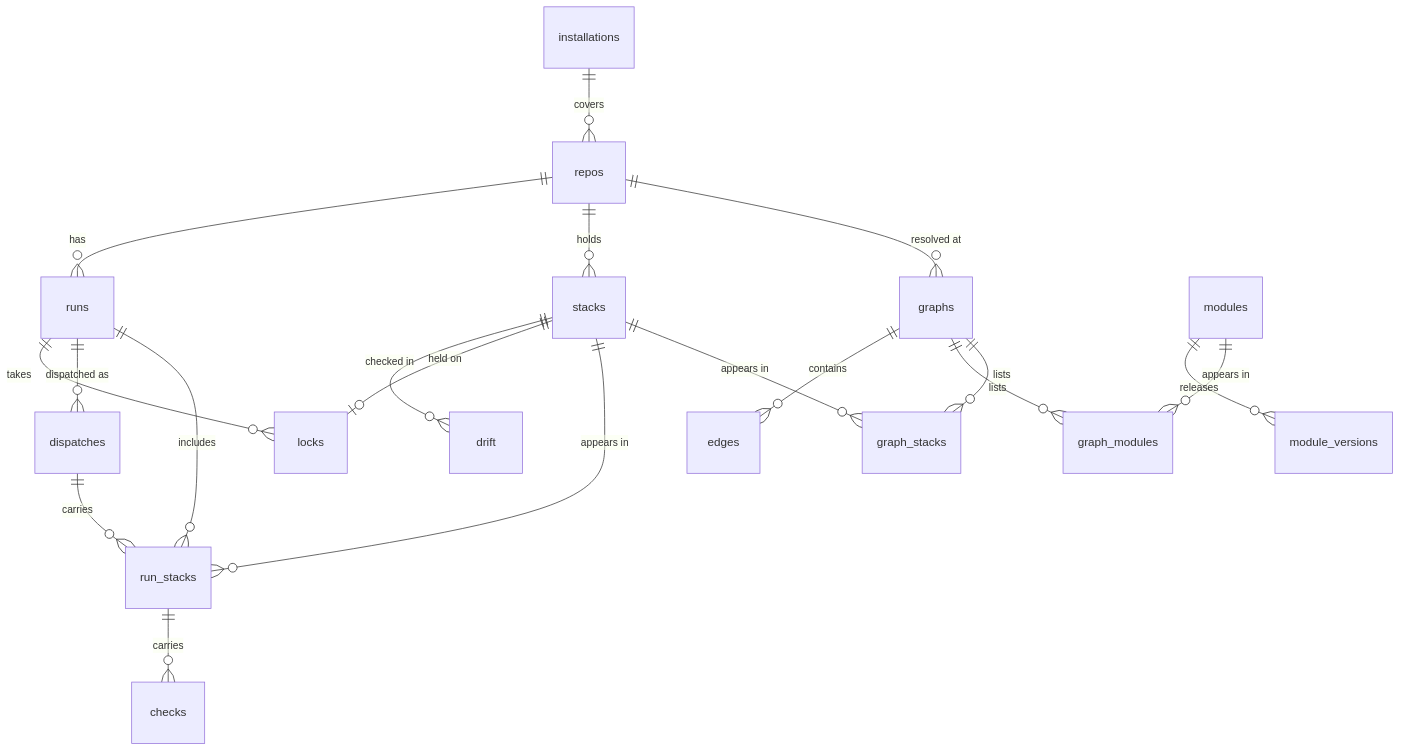
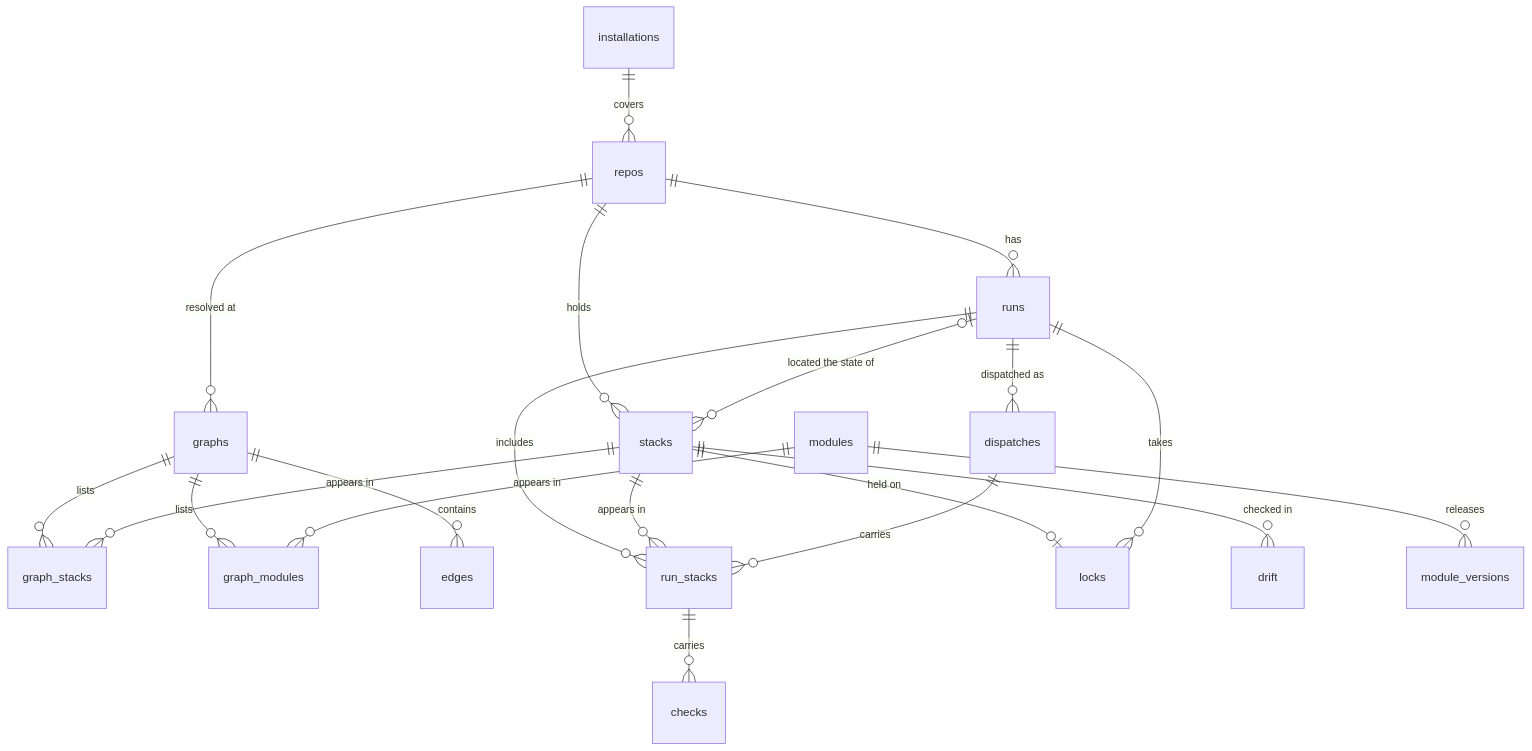
The diagram in docs/reference/data-model.md (stackorder/stackorder), drawn with Mermaid before and after one commit. The commit also changed other lines of this file and 16 other files, not shown here.

````diff
--- a/docs/reference/data-model.md
+++ b/docs/reference/data-model.md
@@ -51,21 +51,22 @@
 ```mermaid
 erDiagram
   installations ||--o{ repos : covers
   repos ||--o{ graphs : "resolved at"
   repos ||--o{ stacks : holds
   repos ||--o{ runs : has
   graphs ||--o{ graph_stacks : lists
   stacks ||--o{ graph_stacks : "appears in"
   graphs ||--o{ graph_modules : lists
   modules ||--o{ graph_modules : "appears in"
   graphs ||--o{ edges : contains
   runs ||--o{ run_stacks : includes
   stacks ||--o{ run_stacks : "appears in"
   run_stacks ||--o{ checks : carries
   runs ||--o{ dispatches : "dispatched as"
   dispatches ||--o{ run_stacks : carries
   stacks ||--o| locks : "held on"
   runs ||--o{ locks : takes
   stacks ||--o{ drift : "checked in"
+  runs |o--o{ stacks : "located the state of"
   modules ||--o{ module_versions : releases
 ```
````
